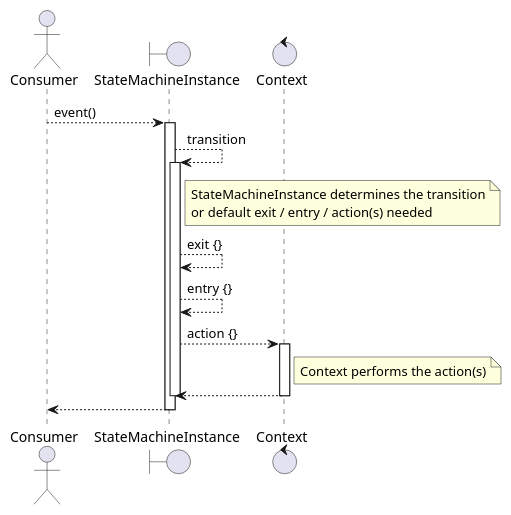
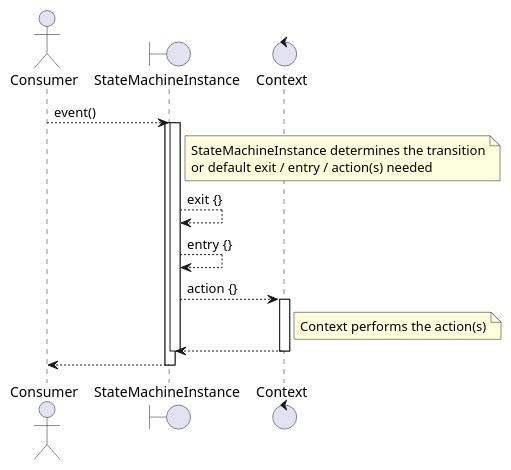
The diagram in src/doc/plantuml/statemachine_sequence.plantuml (open-jumpco/kfsm), drawn with PlantUML before and after one commit. The commit also changed 2 other files, not shown here.

```diff
--- a/src/doc/plantuml/statemachine_sequence.plantuml
+++ b/src/doc/plantuml/statemachine_sequence.plantuml
@@ -1,28 +1,27 @@
 @startuml
 
 actor Consumer
 boundary StateMachineInstance
 control Context
 
 Consumer ----> StateMachineInstance : event()
 
     activate StateMachineInstance
-    StateMachineInstance ----> StateMachineInstance : transition
     note right of StateMachineInstance
         StateMachineInstance determines the transition
         or default exit / entry / action(s) needed
     end note
     activate StateMachineInstance
     StateMachineInstance ----> StateMachineInstance : exit {}
     StateMachineInstance ----> StateMachineInstance : entry {}
     StateMachineInstance ----> Context : action {}
     activate Context
     note right of Context
         Context performs the action(s)
     end note
     Context ---->  StateMachineInstance
     deactivate Context
     deactivate StateMachineInstance
     return
 
 @enduml
```
